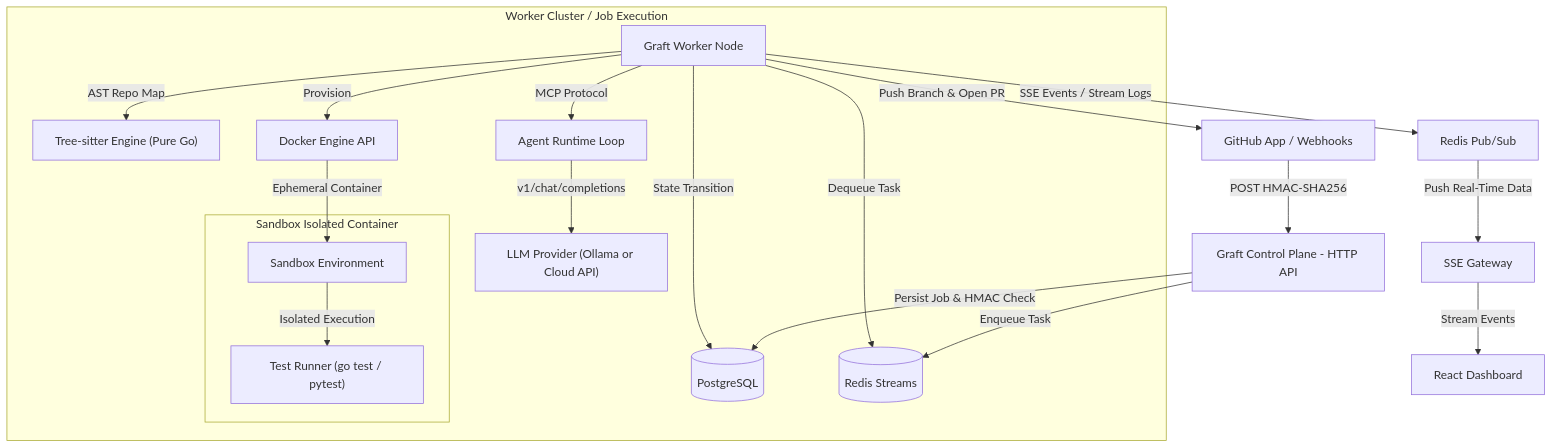
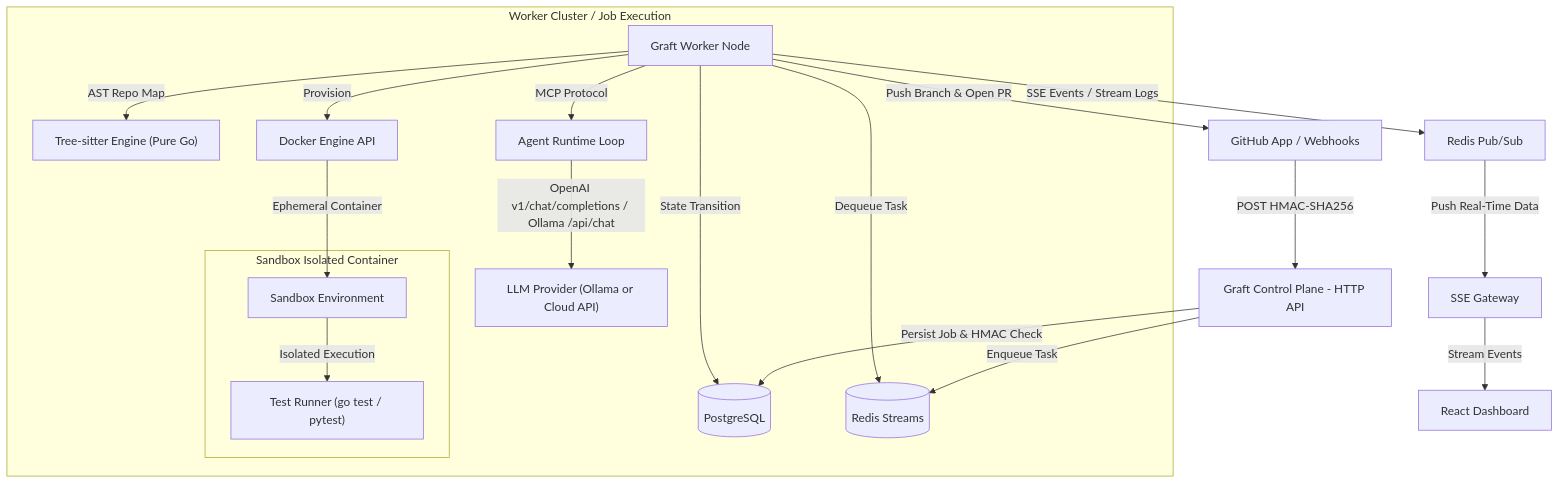
One commit to HaroldHF/Graft changed the first of 3 diagrams in docs/architecture.md. Above: the diagram before and after it, drawn with Mermaid. The commit also changed other lines of this file and 8 other files, not shown here.

````diff
--- a/docs/architecture.md
+++ b/docs/architecture.md
@@ -49,26 +49,26 @@
 ```mermaid
 flowchart TD
     GH["GitHub App / Webhooks"] -->|"POST HMAC-SHA256"| API["Graft Control Plane - HTTP API"]
     API -->|"Persist Job & HMAC Check"| DB[("PostgreSQL")]
     API -->|"Enqueue Task"| REDIS[("Redis Streams")]
 
     subgraph worker_cluster["Worker Cluster / Job Execution"]
         W["Graft Worker Node"] -->|"Dequeue Task"| REDIS
         W -->|"State Transition"| DB
         W -->|"AST Repo Map"| TS["Tree-sitter Engine (Pure Go)"]
         W -->|"Provision"| DOCKER["Docker Engine API"]
         DOCKER -->|"Ephemeral Container"| SBX["Sandbox Environment"]
 
         subgraph sandbox_container["Sandbox Isolated Container"]
             SBX -->|"Isolated Execution"| TEST["Test Runner (go test / pytest)"]
         end
 
         W -->|"MCP Protocol"| AGENT["Agent Runtime Loop"]
-        AGENT -->|"v1/chat/completions"| LLM["LLM Provider (Ollama or Cloud API)"]
+        AGENT -->|"OpenAI v1/chat/completions / Ollama /api/chat"| LLM["LLM Provider (Ollama or Cloud API)"]
     end
 
     W -->|"SSE Events / Stream Logs"| REDIS_PUB["Redis Pub/Sub"]
     REDIS_PUB -->|"Push Real-Time Data"| SSE["SSE Gateway"]
     SSE -->|"Stream Events"| DASH["React Dashboard"]
     W -->|"Push Branch & Open PR"| GH
 ```
````
